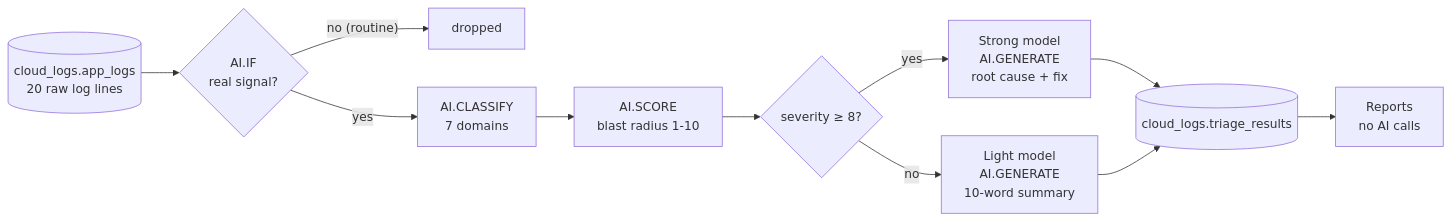
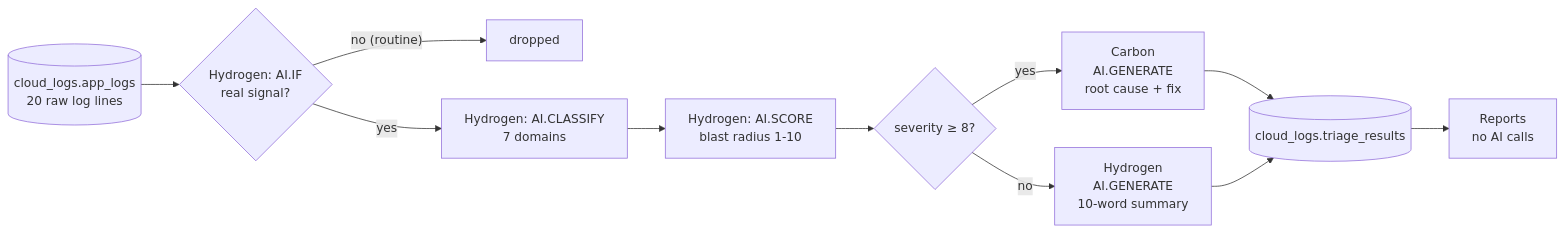
The diagram in README.md (Rajdipc/bigquery-ai-log-triage), drawn with Mermaid before and after one commit. The commit also changed other lines of this file and 1 other file, not shown here.

First line of the commit message:
Highlight Gemini Hydrogen + Carbon tiers in README and overview image

````diff
--- a/README.md
+++ b/README.md
@@ -41,13 +45,13 @@
 ```mermaid
 flowchart LR
-    A[("cloud_logs.app_logs<br/>20 raw log lines")] --> B{"AI.IF<br/>real signal?"}
+    A[("cloud_logs.app_logs<br/>20 raw log lines")] --> B{"Hydrogen: AI.IF<br/>real signal?"}
     B -- "no (routine)" --> X["dropped"]
-    B -- yes --> C["AI.CLASSIFY<br/>7 domains"]
-    C --> D["AI.SCORE<br/>blast radius 1-10"]
+    B -- yes --> C["Hydrogen: AI.CLASSIFY<br/>7 domains"]
+    C --> D["Hydrogen: AI.SCORE<br/>blast radius 1-10"]
     D --> E{"severity ≥ 8?"}
-    E -- yes --> F["Strong model<br/>AI.GENERATE<br/>root cause + fix"]
-    E -- no --> G["Light model<br/>AI.GENERATE<br/>10-word summary"]
+    E -- yes --> F["Carbon<br/>AI.GENERATE<br/>root cause + fix"]
+    E -- no --> G["Hydrogen<br/>AI.GENERATE<br/>10-word summary"]
     F --> H[("cloud_logs.triage_results")]
     G --> H
     H --> R["Reports<br/>no AI calls"]
 ```
````
